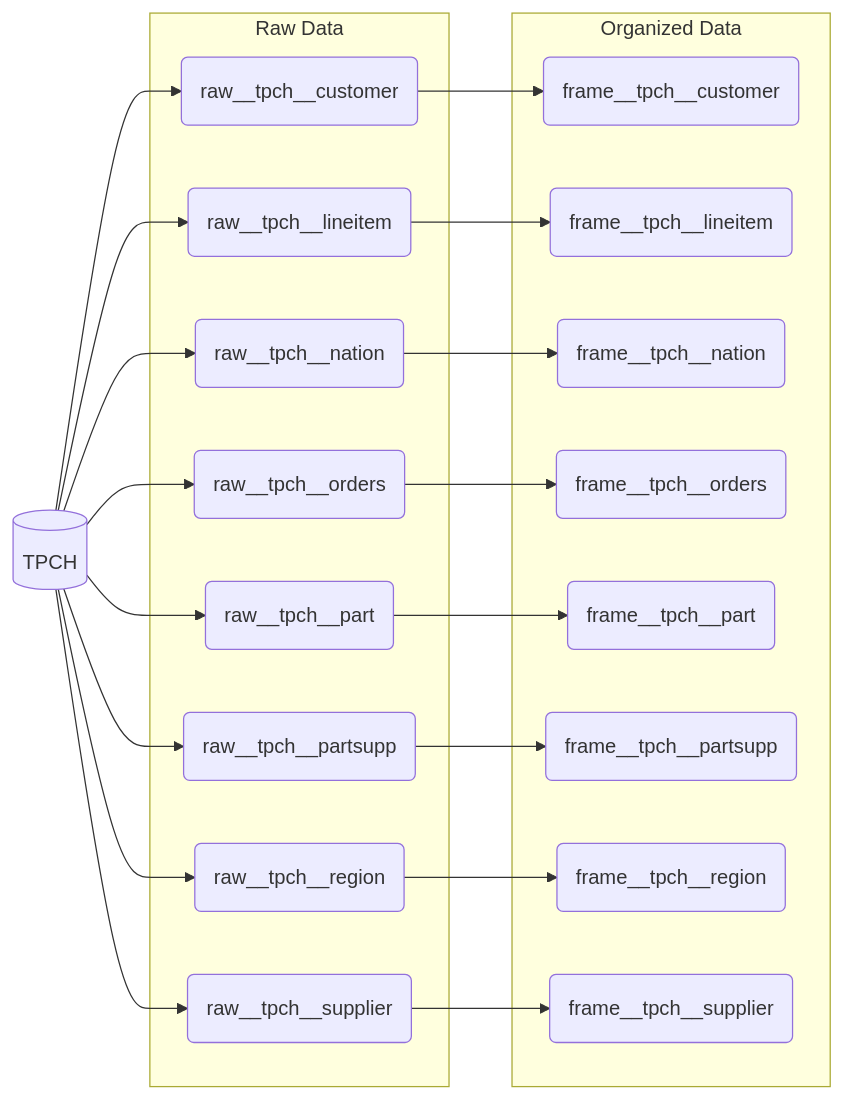
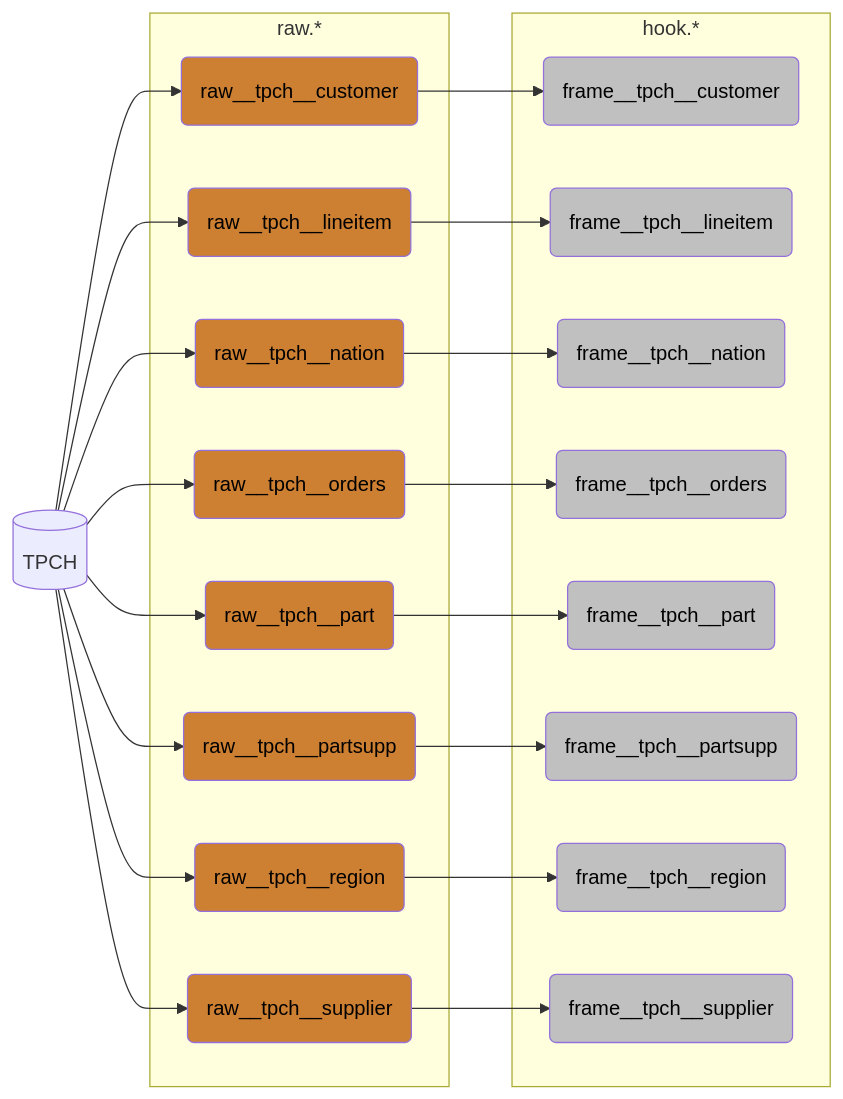
Before and after one commit to mattiasthalen/fabric_blueprint_modelling: the second of 2 diagrams in README.md, drawn with Mermaid.

Commit message:
Refactor lineage diagrams in README to improve clarity and consistency

````diff
--- a/README.md
+++ b/README.md
@@ -22,35 +22,39 @@
 ```mermaid
 flowchart LR
+    classDef bronze fill:#CD7F32,color:black
+    classDef silver fill:#C0C0C0,color:black
+    classDef gold fill:#FFD700,color:black
+    
     source@{label: TPCH, shape: "database"}
 
-    subgraph raw[Raw Data]
-        raw__tpch__customer@{shape: rounded}
-        raw__tpch__lineitem@{shape: rounded}
-        raw__tpch__nation@{shape: rounded}
-        raw__tpch__orders@{shape: rounded}
-        raw__tpch__part@{shape: rounded}
-        raw__tpch__partsupp@{shape: rounded}
-        raw__tpch__region@{shape: rounded}
-        raw__tpch__supplier@{shape: rounded}
+    subgraph raw[raw.*]
+        raw__tpch__customer:::bronze@{shape: rounded}
+        raw__tpch__lineitem:::bronze@{shape: rounded}
+        raw__tpch__nation:::bronze@{shape: rounded}
+        raw__tpch__orders:::bronze@{shape: rounded}
+        raw__tpch__part:::bronze@{shape: rounded}
+        raw__tpch__partsupp:::bronze@{shape: rounded}
+        raw__tpch__region:::bronze@{shape: rounded}
+        raw__tpch__supplier:::bronze@{shape: rounded}
     end
 
-    subgraph organized[Organized Data]
-        frame__tpch__customer@{shape: rounded}
-        frame__tpch__lineitem@{shape: rounded}
-        frame__tpch__nation@{shape: rounded}
-        frame__tpch__orders@{shape: rounded}
-        frame__tpch__part@{shape: rounded}
-        frame__tpch__partsupp@{shape: rounded}
-        frame__tpch__region@{shape: rounded}
-        frame__tpch__supplier@{shape: rounded}
+    subgraph organized[hook.*]
+        frame__tpch__customer:::silver@{shape: rounded}
+        frame__tpch__lineitem:::silver@{shape: rounded}
+        frame__tpch__nation:::silver@{shape: rounded}
+        frame__tpch__orders:::silver@{shape: rounded}
+        frame__tpch__part:::silver@{shape: rounded}
+        frame__tpch__partsupp:::silver@{shape: rounded}
+        frame__tpch__region:::silver@{shape: rounded}
+        frame__tpch__supplier:::silver@{shape: rounded}
     end
 
     source --> raw__tpch__customer --> frame__tpch__customer
     source --> raw__tpch__lineitem --> frame__tpch__lineitem
     source --> raw__tpch__nation --> frame__tpch__nation
     source --> raw__tpch__orders --> frame__tpch__orders
     source --> raw__tpch__part --> frame__tpch__part
     source --> raw__tpch__partsupp --> frame__tpch__partsupp
     source --> raw__tpch__region --> frame__tpch__region
     source --> raw__tpch__supplier --> frame__tpch__supplier
 ```
````
